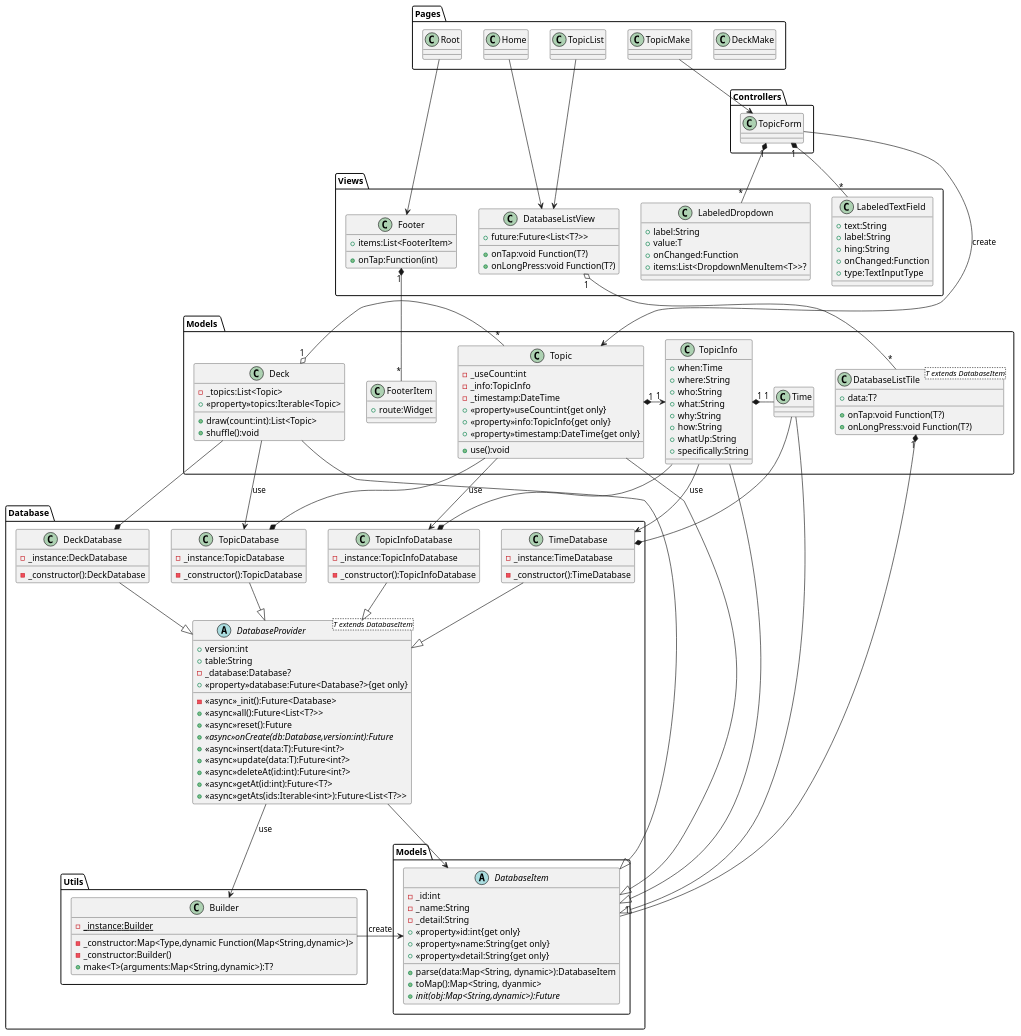
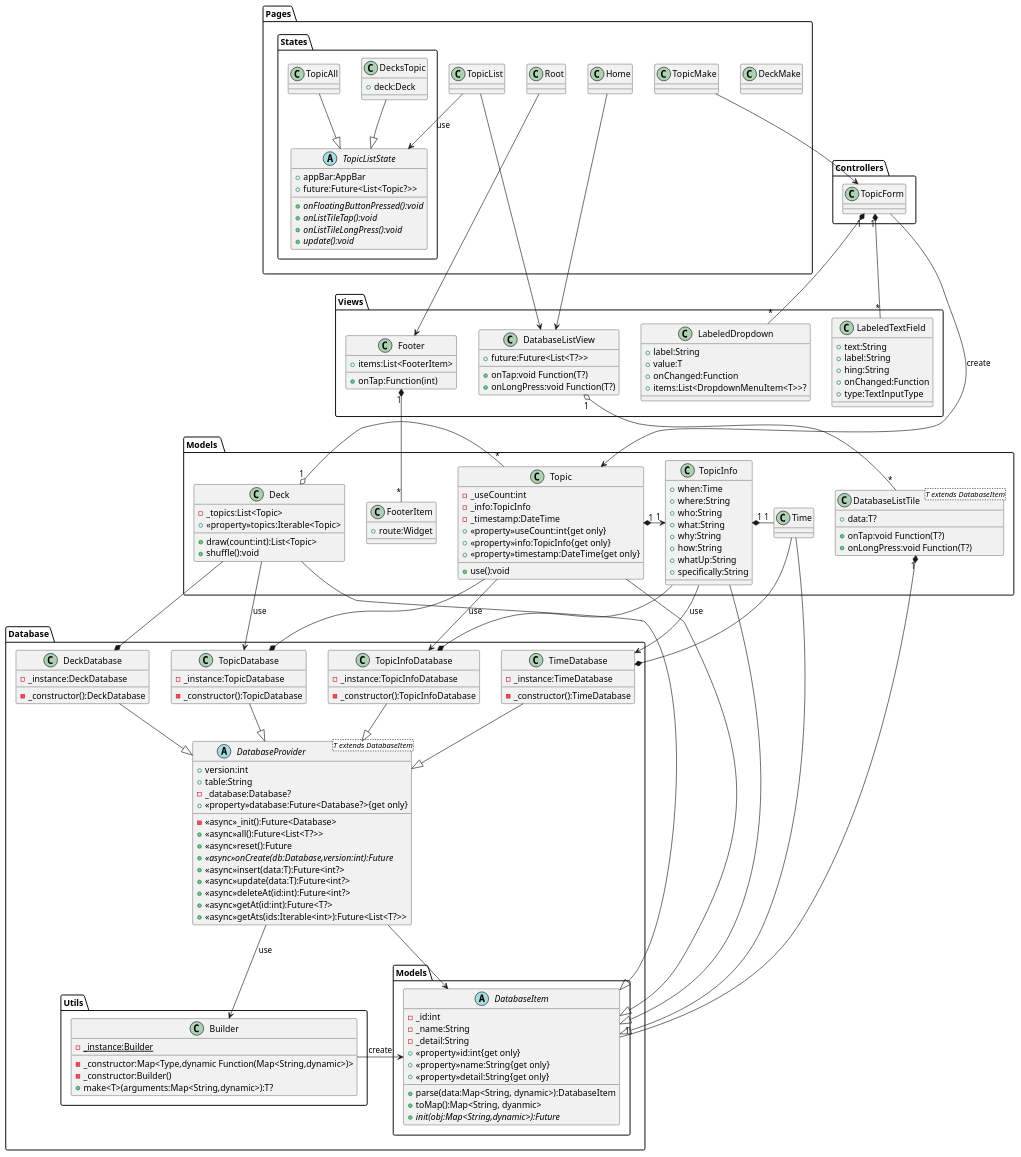
Before and after one commit to nmskm240/conversation_deck: the diagram in classDiagram.pu, drawn with PlantUML. The commit also changed 5 other files, not shown here.

```diff
--- a/classDiagram.pu
+++ b/classDiagram.pu
@@ -113,6 +113,23 @@
 }
 package Pages
 {
+    package States
+    {
+        abstract TopicListState
+        {
+            +appBar:AppBar
+            +future:Future<List<Topic?>>
+            +{abstract}onFloatingButtonPressed():void
+            +{abstract}onListTileTap():void
+            +{abstract}onListTileLongPress():void
+            +{abstract}update():void
+        }
+        class TopicAll
+        class DecksTopic
+        {
+            +deck:Deck
+        }
+    }
     class DeckMake
     class Home
     class Root
@@ -160,6 +177,7 @@
 TopicMake --> TopicForm
 TopicForm --> Topic : create
 Builder -left-> DatabaseItem : create
+TopicList --> TopicListState : use
 
 DeckDatabase --|> DatabaseProvider
 TopicDatabase --|> DatabaseProvider
@@ -169,6 +187,8 @@
 Topic --|> DatabaseItem
 TopicInfo --|> DatabaseItem
 Time --|> DatabaseItem
+TopicAll --|> TopicListState
+DecksTopic --|> TopicListState
 
 Topic "1" *-right-> "1" TopicInfo
 
```
